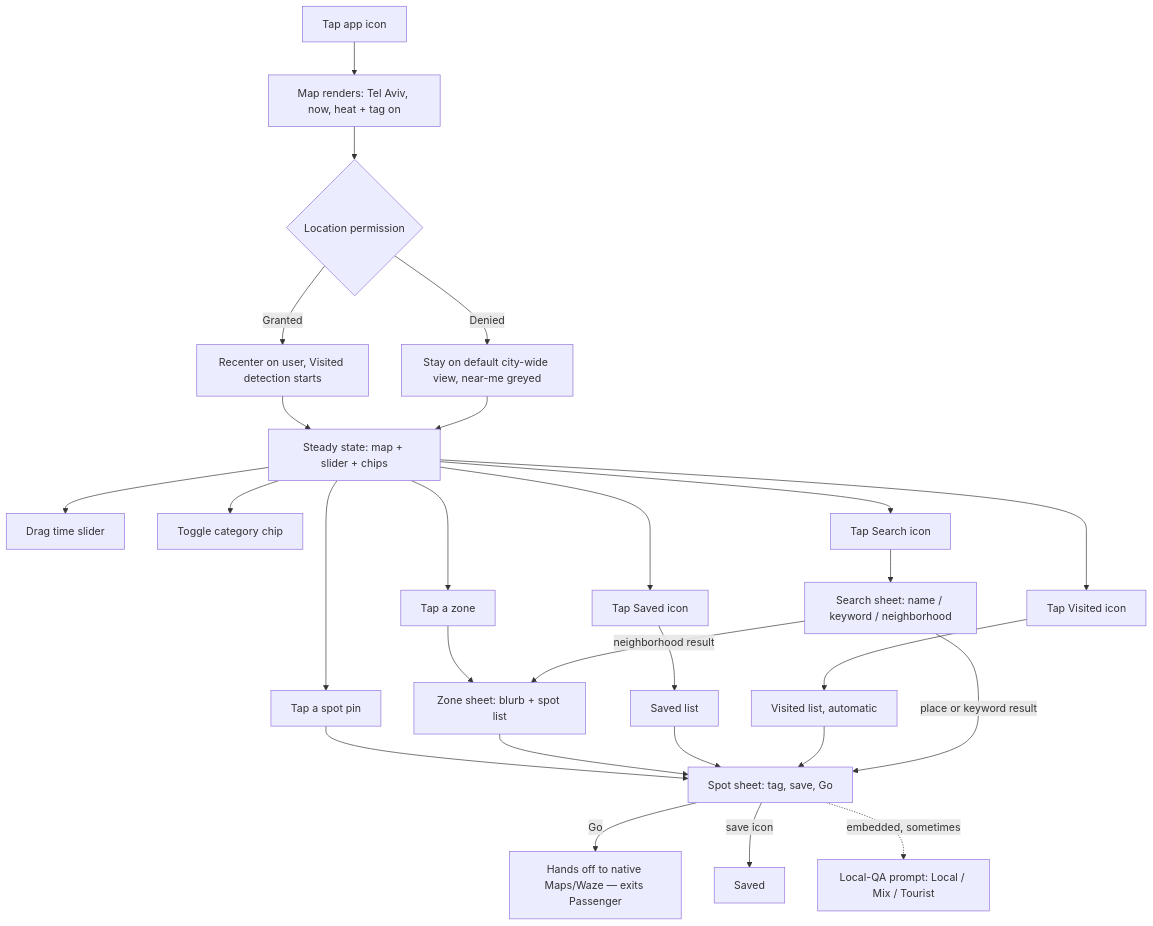
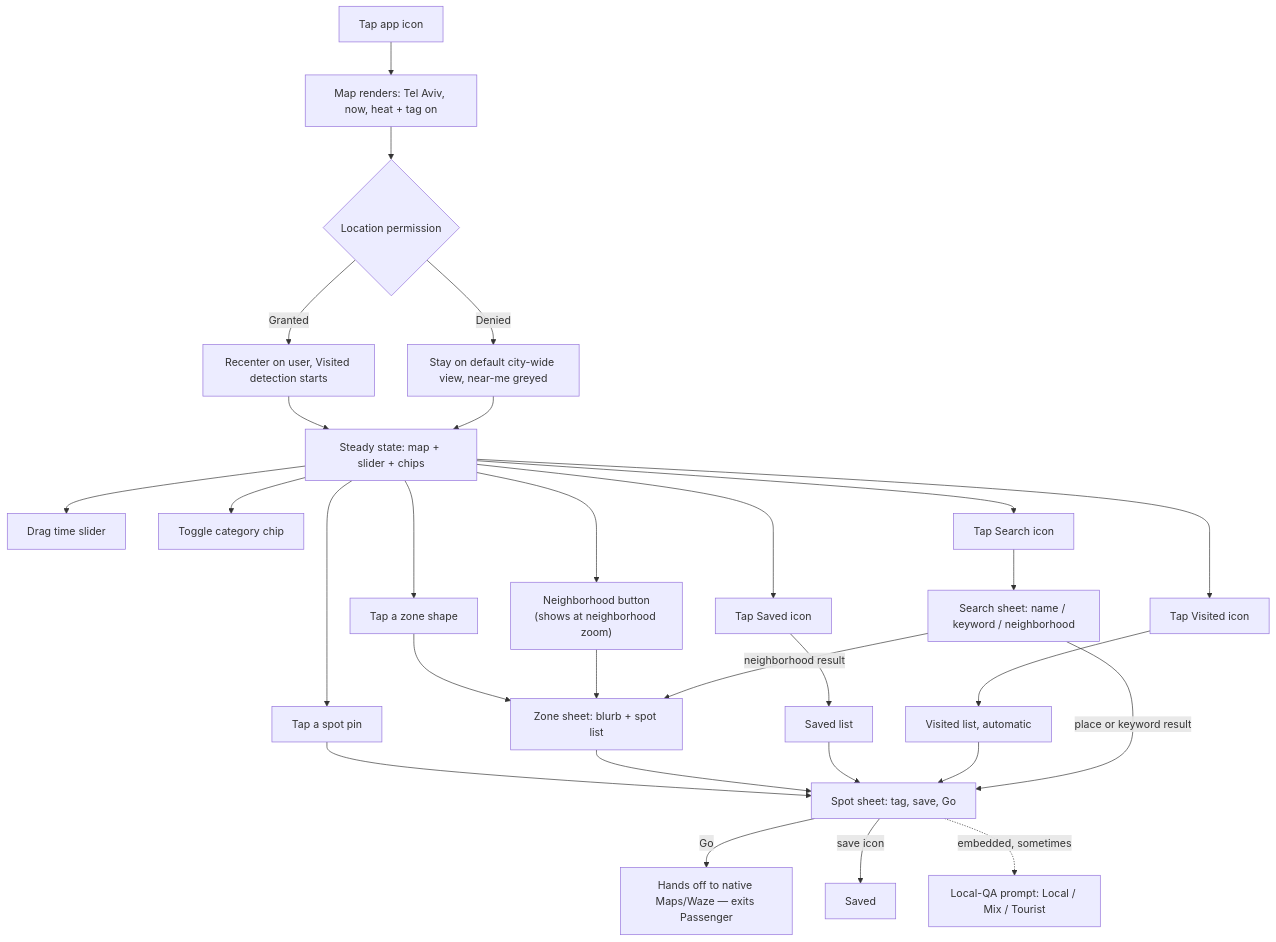
The first of 2 diagrams in design/ux-flows.md (AviranGrisaro/passenger-brain), drawn with Mermaid before and after one commit. The commit also changed other lines of this file and 3 other files, not shown here.

First line of the commit message:
design: fix tag-layer density with a neighborhood button and zone-level badges

````diff
--- a/design/ux-flows.md
+++ b/design/ux-flows.md
@@ -204,22 +211,23 @@
 ```mermaid
 flowchart TD
     A[Tap app icon] --> B[Map renders: Tel Aviv, now, heat + tag on]
     B --> C{Location permission}
     C -->|Granted| D[Recenter on user, Visited detection starts]
     C -->|Denied| E[Stay on default city-wide view, near-me greyed]
     D --> F[Steady state: map + slider + chips]
     E --> F
-    F --> G[Tap a zone] --> ZS[Zone sheet: blurb + spot list]
+    F --> G[Tap a zone shape] --> ZS[Zone sheet: blurb + spot list]
+    F --> T["Neighborhood button<br/>(shows at neighborhood zoom)"] --> ZS
     F --> H[Tap a spot pin] --> M[Spot sheet: tag, save, Go]
     ZS --> M
     F --> I[Drag time slider]
     F --> J[Toggle category chip]
     F --> K[Tap Saved icon] --> P[Saved list] --> M
     F --> L[Tap Visited icon] --> Q[Visited list, automatic] --> M
     F --> S[Tap Search icon] --> SS[Search sheet: name / keyword / neighborhood]
     SS -->|place or keyword result| M
     SS -->|neighborhood result| ZS
     M -->|Go| N[Hands off to native Maps/Waze — exits Passenger]
     M -->|save icon| O[Saved]
     M -. embedded, sometimes .-> R["Local-QA prompt: Local / Mix / Tourist"]
 ```
````
